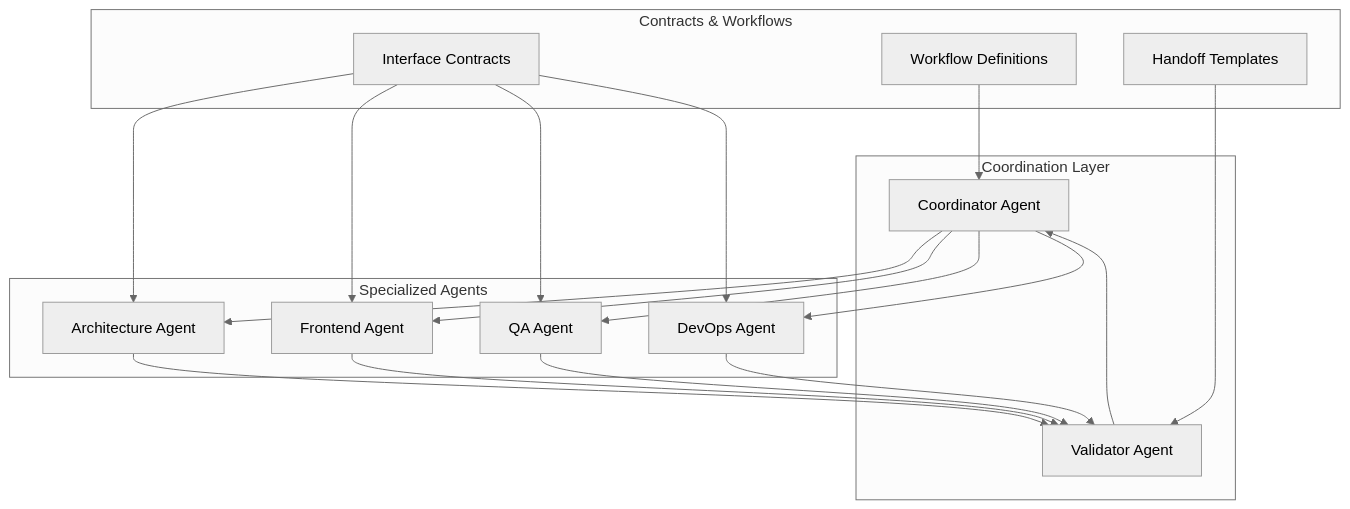
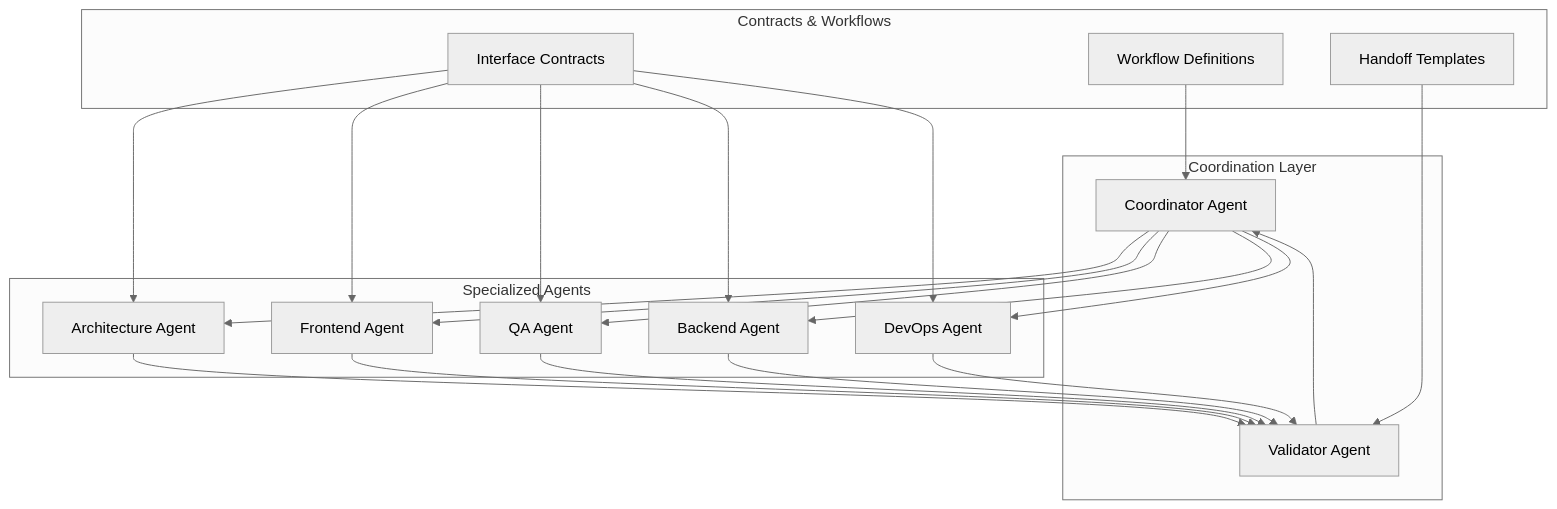
The diagram in .claude/agents/README.md (kevinarauz/proyecto-react), drawn with Mermaid (neutral theme) before and after one commit. The commit also changed other lines of this file and 2 other files, not shown here.

Commit message:
Se agrega agente de backend

````diff
--- a/.claude/agents/README.md
+++ b/.claude/agents/README.md
@@ -16,40 +17,44 @@
 ```mermaid
 graph TB
     subgraph "Coordination Layer"
         COORD[Coordinator Agent]
         VAL[Validator Agent]
     end
     
     subgraph "Specialized Agents"
         ARQ[Architecture Agent]
         FRONT[Frontend Agent] 
         QA[QA Agent]
+        BACKEND[Backend Agent]
         DEVOPS[DevOps Agent]
     end
     
     subgraph "Contracts & Workflows"
         CONTRACTS[Interface Contracts]
         WORKFLOWS[Workflow Definitions]
         HANDOFFS[Handoff Templates]
     end
     
     COORD --> ARQ
     COORD --> FRONT
     COORD --> QA
+    COORD --> BACKEND
     COORD --> DEVOPS
     
     ARQ --> VAL
     FRONT --> VAL
     QA --> VAL
+    BACKEND --> VAL
     DEVOPS --> VAL
     
     VAL --> COORD
     
     CONTRACTS --> ARQ
     CONTRACTS --> FRONT
     CONTRACTS --> QA
+    CONTRACTS --> BACKEND
     CONTRACTS --> DEVOPS
     
     WORKFLOWS --> COORD
     HANDOFFS --> VAL
 ```
````
